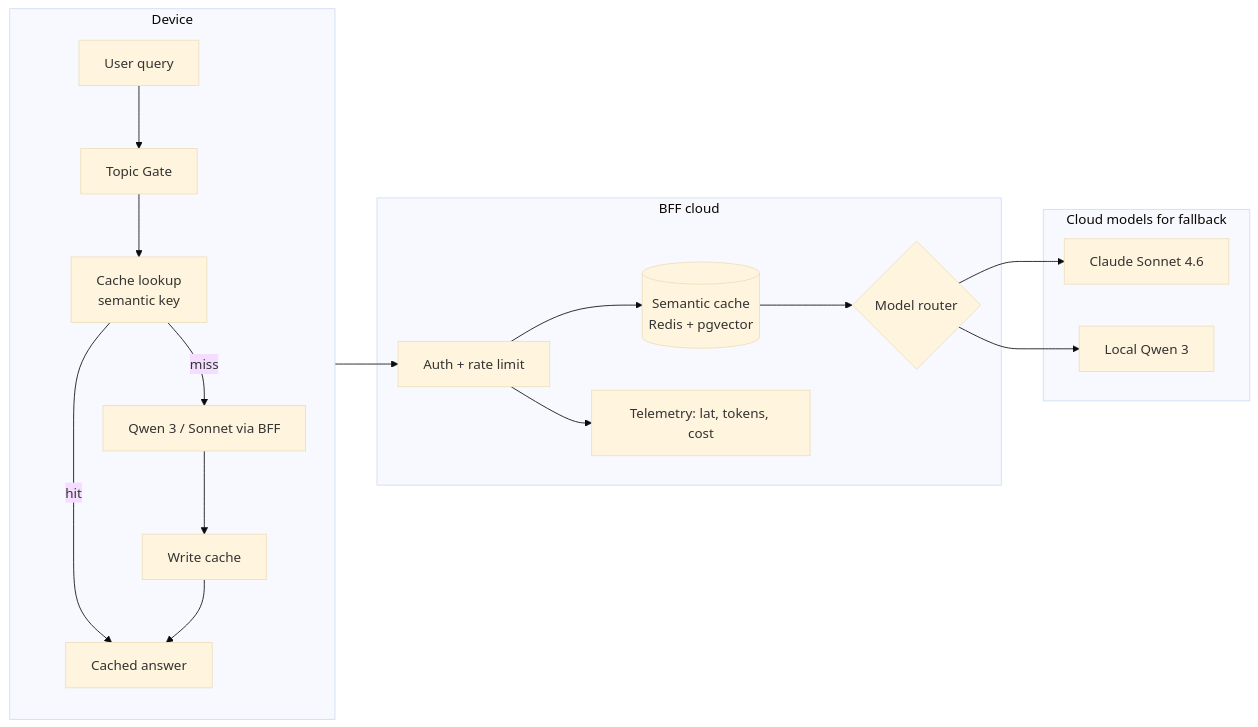
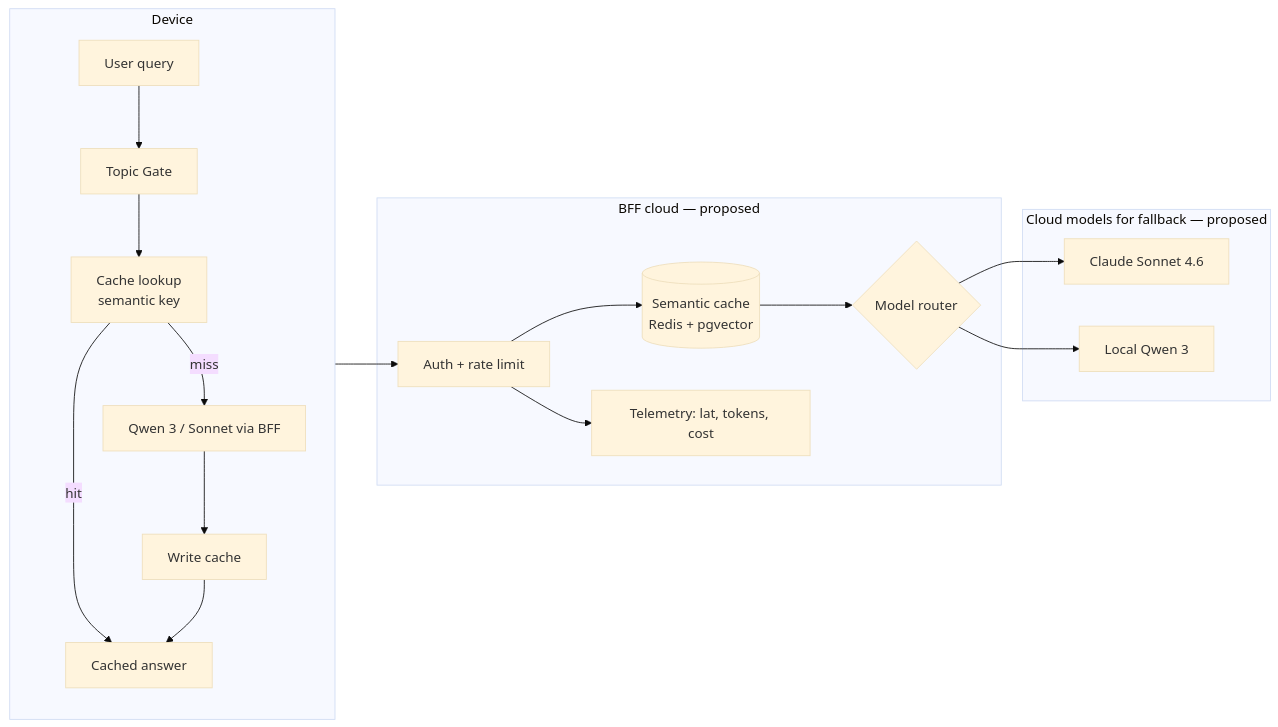
The second of 3 diagrams in docs/data-architecture/04-ai-architecture.md (antonionc/nutrIAssistant), drawn with Mermaid (base theme) before and after one commit. The commit also changed other lines of this file and 9 other files, not shown here.

Commit message:
Documentation update and code refactor. audited gaps, updated the BFF README, six data-architecture docs, the root README, and two component   docstrings. Next action: review the changes and decide what to commit.

````diff
--- a/docs/data-architecture/04-ai-architecture.md
+++ b/docs/data-architecture/04-ai-architecture.md
@@ -72,30 +77,30 @@
 ```mermaid
 flowchart LR
     subgraph Device[Device]
         UQ[User query] --> TG[Topic Gate]
         TG --> CL[Cache lookup<br/>semantic key]
         CL -- hit --> Resp[Cached answer]
         CL -- miss --> LLM[Qwen 3 / Sonnet via BFF]
         LLM --> Cache[Write cache]
         Cache --> Resp
     end
 
-    subgraph BFF[BFF cloud]
+    subgraph BFF[BFF cloud — proposed]
         BFFGate[Auth + rate limit]
         SemCache[(Semantic cache<br/>Redis + pgvector)]
         Telemetry[Telemetry: lat, tokens, cost]
         ModelRouter{Model router}
     end
 
-    subgraph Models[Cloud models for fallback]
+    subgraph Models[Cloud models for fallback — proposed]
         Sonnet[Claude Sonnet 4.6]
         Local[Local Qwen 3]
     end
 
     Device --> BFFGate
     BFFGate --> SemCache
     SemCache --> ModelRouter
     ModelRouter --> Sonnet
     ModelRouter --> Local
     BFFGate --> Telemetry
 ```
````
